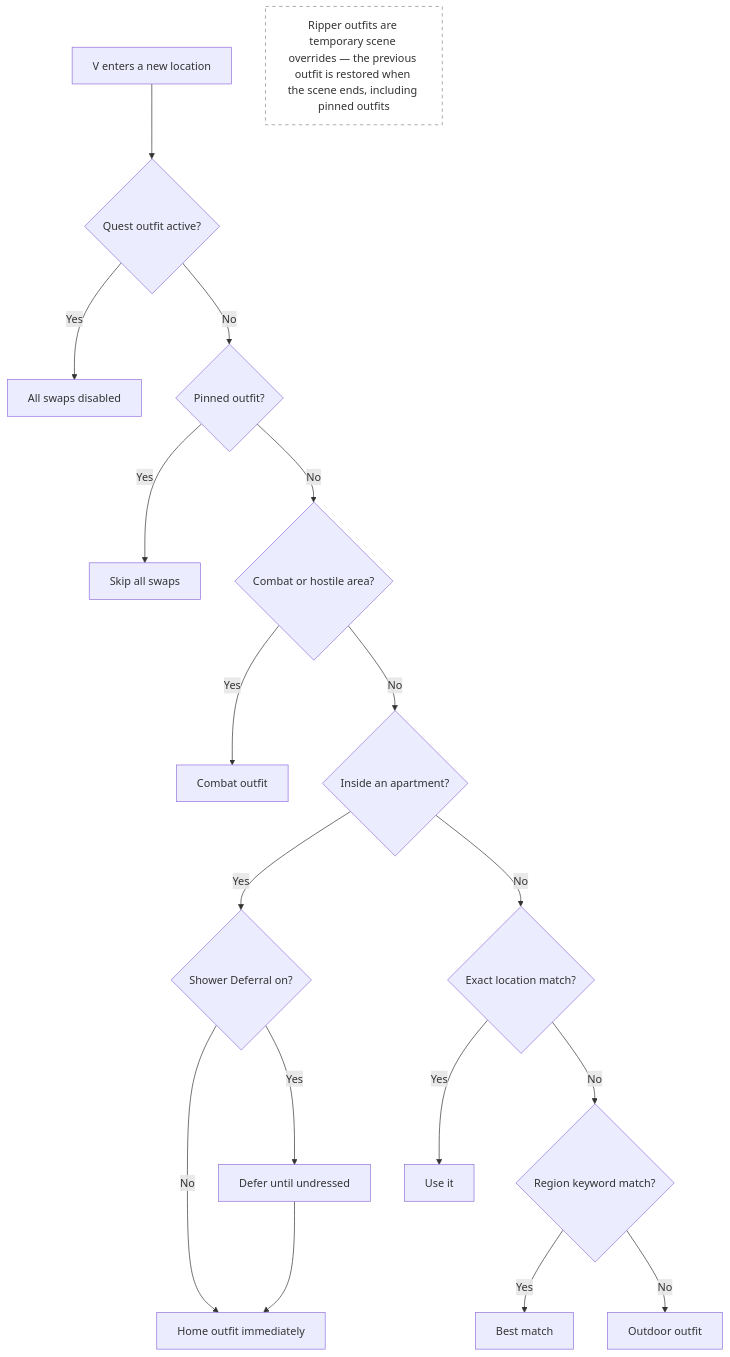
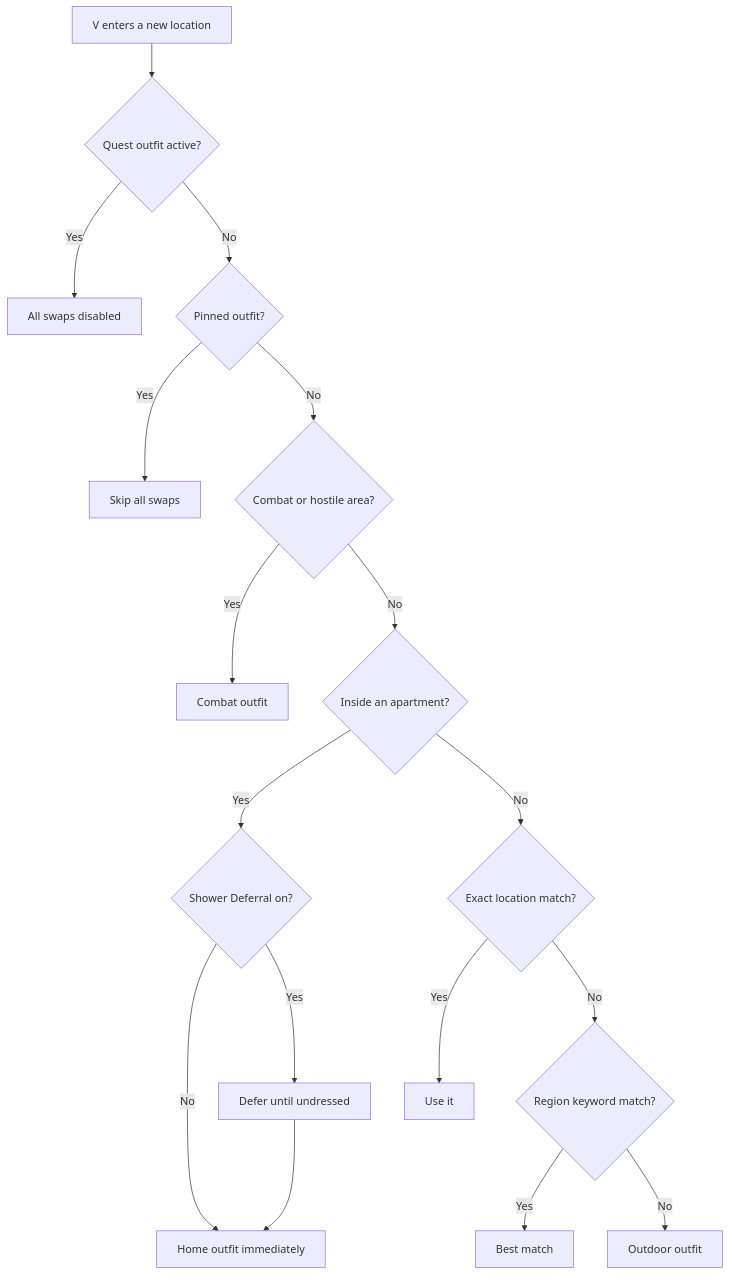
Before and after one commit to Yorivel/Dynamic-Wardrobe: the diagram in docs/priority.md, drawn with Mermaid. The commit also changed other lines of this file and 10 other files, not shown here.

````diff
--- a/docs/priority.md
+++ b/docs/priority.md
@@ -46,22 +46,19 @@
 ```mermaid
 flowchart TD
     A[V enters a new location] --> Q{Quest outfit active?}
     Q -- Yes --> R[All swaps disabled]
     Q -- No --> B{Pinned outfit?}
     B -- Yes --> C[Skip all swaps]
     B -- No --> D{Combat or hostile area?}
     D -- Yes --> E[Combat outfit]
     D -- No --> F{Inside an apartment?}
     F -- Yes --> G{Shower Deferral on?}
     G -- No --> H[Home outfit immediately]
     G -- Yes --> I[Defer until undressed]
     I --> H
     F -- No --> J{Exact location match?}
     J -- Yes --> K[Use it]
     J -- No --> L{Region keyword match?}
     L -- Yes --> M[Best match]
     L -- No --> N[Outdoor outfit]
-
-    style O fill:none,stroke:#888,stroke-dasharray: 5 5
-    O["Ripper outfits are temporary scene overrides — the previous outfit is restored when the scene ends, including pinned outfits"]
 ```
````
